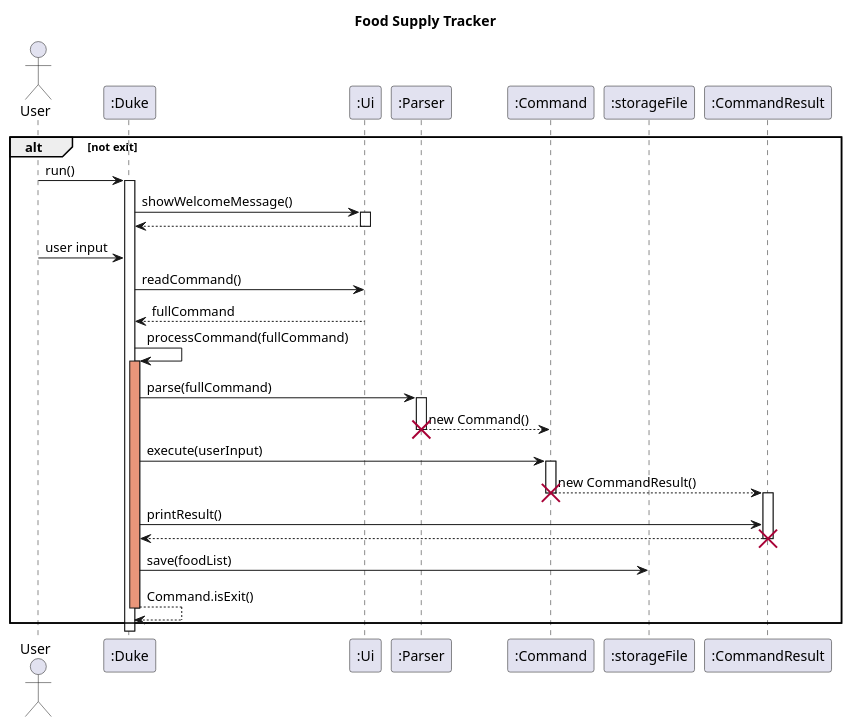
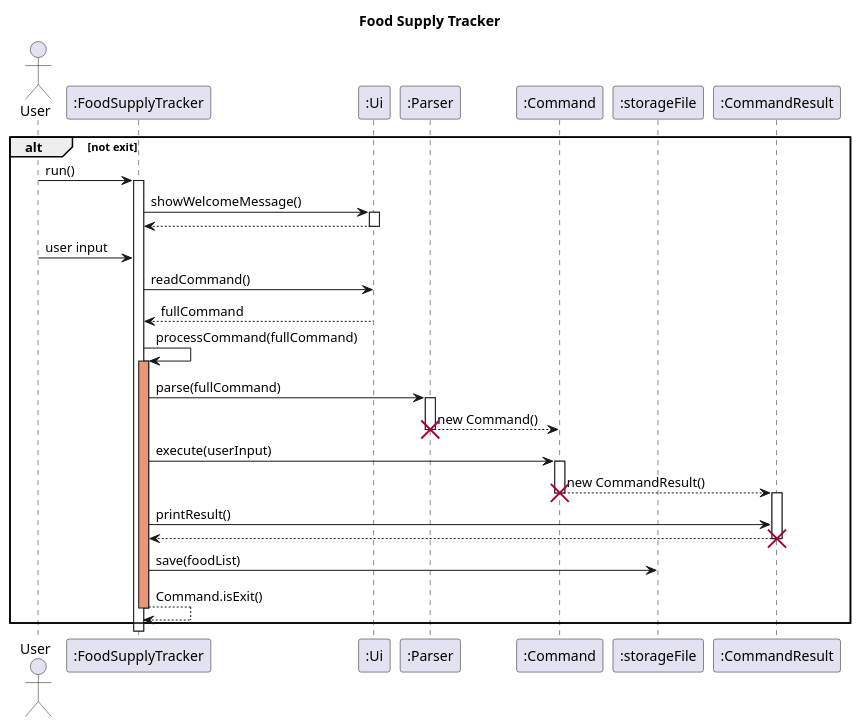
One commit to tsx0314/tp changed the diagram in docs/puml/SequenceDiagram.puml. Above: the diagram before and after it, drawn with PlantUML. The commit also changed 103 other files, not shown here.

```diff
--- a/docs/puml/SequenceDiagram.puml
+++ b/docs/puml/SequenceDiagram.puml
@@ -1,45 +1,45 @@
 @startuml
 title Food Supply Tracker
 
 actor User
-participant ":Duke"
+participant ":FoodSupplyTracker"
 participant ":Ui"
 participant ":Parser"
 participant ":Command"
 participant ":storageFile"
 
 alt not exit
-User -> ":Duke": run()
-activate ":Duke"
-":Duke" -> ":Ui": showWelcomeMessage()
+User -> ":FoodSupplyTracker": run()
+activate ":FoodSupplyTracker"
+":FoodSupplyTracker" -> ":Ui": showWelcomeMessage()
 activate ":Ui"
-":Ui" --> ":Duke":
+":Ui" --> ":FoodSupplyTracker":
 deactivate ":Ui"
-User -> ":Duke": user input
-":Duke" -> ":Ui": readCommand()
-":Ui" --> ":Duke":fullCommand
+User -> ":FoodSupplyTracker": user input
+":FoodSupplyTracker" -> ":Ui": readCommand()
+":Ui" --> ":FoodSupplyTracker":fullCommand
 
-":Duke" -> ":Duke": processCommand(fullCommand)
-activate ":Duke" #DarkSalmon
-":Duke" -> ":Parser" : parse(fullCommand)
+":FoodSupplyTracker" -> ":FoodSupplyTracker": processCommand(fullCommand)
+activate ":FoodSupplyTracker" #DarkSalmon
+":FoodSupplyTracker" -> ":Parser" : parse(fullCommand)
 activate ":Parser"
 ":Parser" --> ":Command": new Command()
 deactivate ":Parser"
 destroy ":Parser"
-":Duke" -> ":Command": execute(userInput)
+":FoodSupplyTracker" -> ":Command": execute(userInput)
 activate ":Command"
 
 participant ":CommandResult"
 ":Command" --> ":CommandResult": new CommandResult()
 deactivate ":Command"
 destroy ":Command"
 activate ":CommandResult"
-":Duke"->":CommandResult": printResult()
-":CommandResult" --> ":Duke"
+":FoodSupplyTracker"->":CommandResult": printResult()
+":CommandResult" --> ":FoodSupplyTracker"
 deactivate ":CommandResult"
 destroy  ":CommandResult"
-":Duke" -> ":storageFile": save(foodList)
-":Duke" --> ":Duke": Command.isExit()
-deactivate ":Duke"
+":FoodSupplyTracker" -> ":storageFile": save(foodList)
+":FoodSupplyTracker" --> ":FoodSupplyTracker": Command.isExit()
+deactivate ":FoodSupplyTracker"
 end
 @enduml
```
